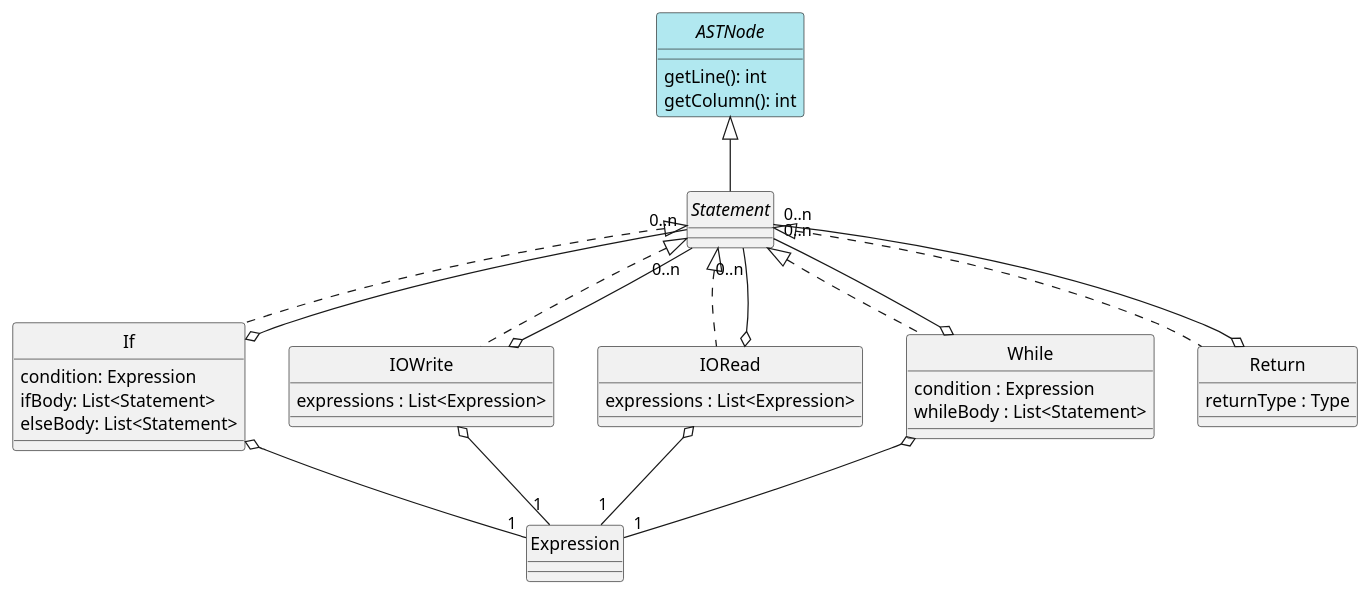
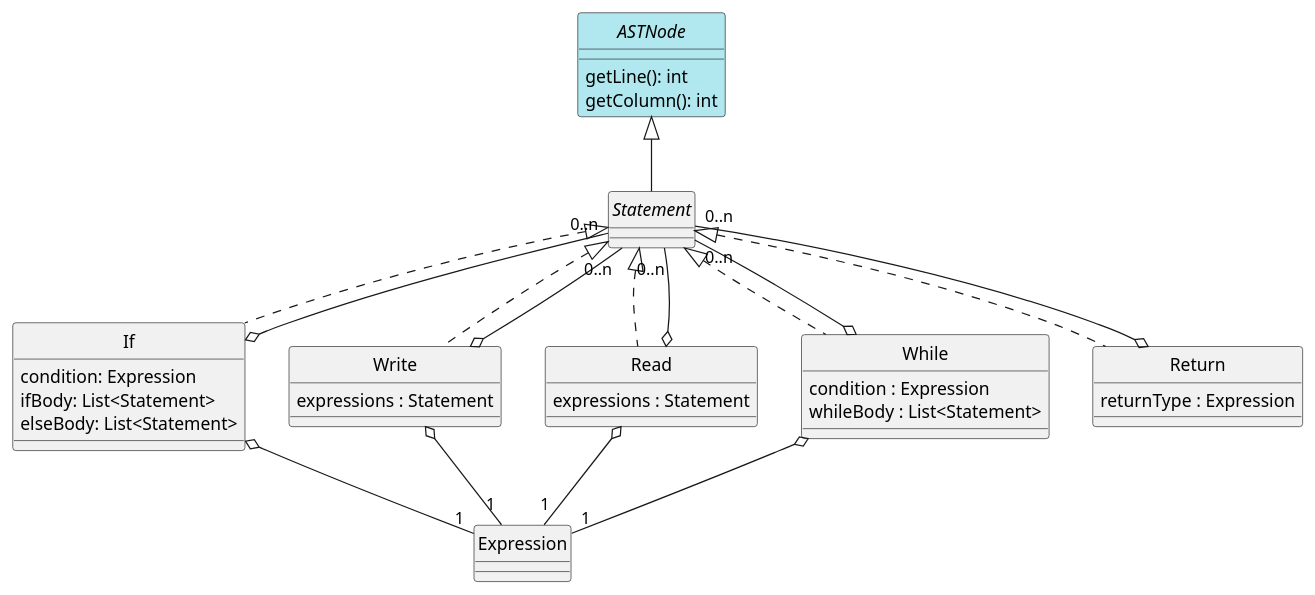
One commit to alvesit0/DLP-Compiler changed the diagram in docs/diagrams/statements.plantuml. Above: the diagram before and after it, drawn with PlantUML. The commit also changed 34 other files, not shown here.

```diff
--- a/docs/diagrams/statements.plantuml
+++ b/docs/diagrams/statements.plantuml
@@ -1,58 +1,57 @@
 @startuml Statements
 skinparam style strictuml
 skinparam monochrome false
 
 
 interface ASTNode #b1e8f0 {
     getLine(): int
     getColumn(): int
 }
 
 interface Statement
 
 class If {
     condition: Expression
     ifBody: List<Statement>
     elseBody: List<Statement>
 }
 
-class IOWrite {
-    expressions : List<Expression>
+class Write {
+    expressions : Statement
 }
 
-class IORead {
-    expressions : List<Expression>
+class Read {
+    expressions : Statement
 }
 
 class While {
     condition : Expression
     whileBody : List<Statement>
 }
 
 class Return {
-    ' Duda, esto es un Expression???
-    returnType : Type
+    returnType : Expression
 }
 
 ASTNode <|-- Statement
 
-Statement <|.. IOWrite
-Statement <|.. IORead
+Statement <|.. Write
+Statement <|.. Read
 Statement <|.. If
 Statement <|.. While
 Statement <|.. Return
 
 ' Un If debe tener una expresión
 If o--"1" Expression
-IOWrite o--"1" Expression
-IORead o--"1" Expression
+Write o--"1" Expression
+Read o--"1" Expression
 While o--"1" Expression
 
 ' Multiples Statement pueden tener un If
 If o--"0..n" Statement
-IOWrite o--"0..n" Statement
-IORead o--"0..n" Statement
+Write o--"0..n" Statement
+Read o--"0..n" Statement
 While o--"0..n" Statement
 Return o--"0..n" Statement
 
 @enduml
```
